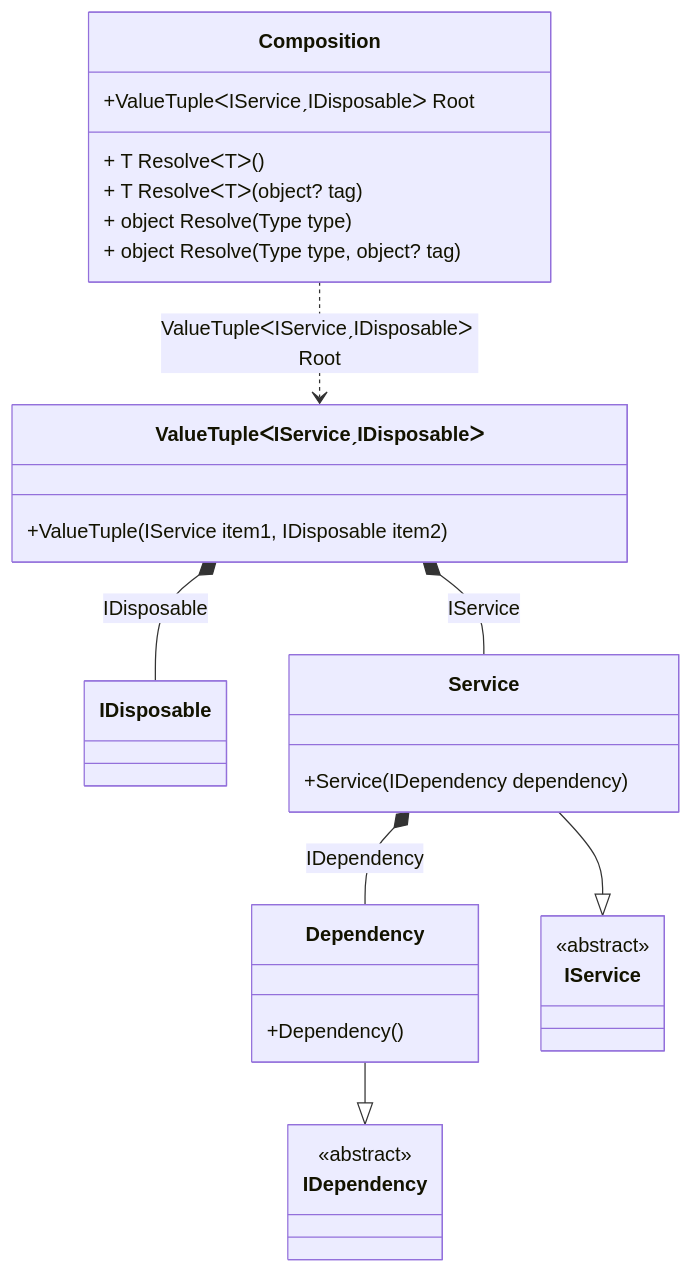
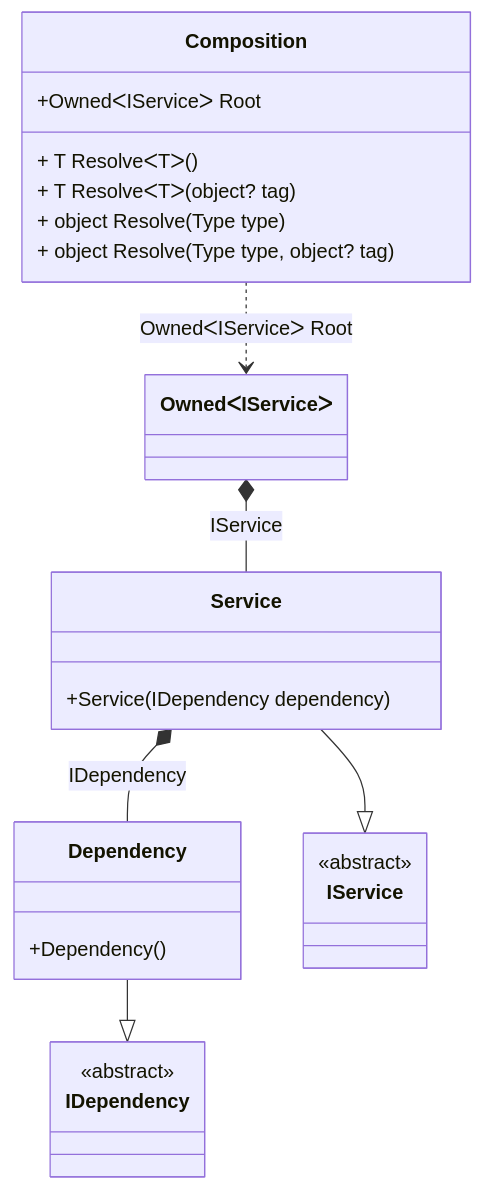
Before and after one commit to DevTeam/Pure.DI: the diagram in readme/tracking-disposable-instances-per-a-composition-root.md, drawn with Mermaid. The commit also changed other lines of this file and 5 other files, not shown here.

````diff
--- a/readme/tracking-disposable-instances-per-a-composition-root.md
+++ b/readme/tracking-disposable-instances-per-a-composition-root.md
@@ -113,32 +112,27 @@
 ```mermaid
 classDiagram
   class Composition {
-    +ValueTupleᐸIServiceˏIDisposableᐳ Root
+    +OwnedᐸIServiceᐳ Root
     + T ResolveᐸTᐳ()
     + T ResolveᐸTᐳ(object? tag)
     + object Resolve(Type type)
     + object Resolve(Type type, object? tag)
   }
-  class ValueTupleᐸIServiceˏIDisposableᐳ {
-    +ValueTuple(IService item1, IDisposable item2)
-  }
-  class IDisposable
   Dependency --|> IDependency : 
   class Dependency {
     +Dependency()
   }
   Service --|> IService : 
   class Service {
     +Service(IDependency dependency)
   }
   class IDependency {
     <<abstract>>
   }
   class IService {
     <<abstract>>
   }
-  ValueTupleᐸIServiceˏIDisposableᐳ *--  Service : IService
-  ValueTupleᐸIServiceˏIDisposableᐳ *--  IDisposable : IDisposable
   Service *--  Dependency : IDependency
-  Composition ..> ValueTupleᐸIServiceˏIDisposableᐳ : ValueTupleᐸIServiceˏIDisposableᐳ Root
+  Composition ..> OwnedᐸIServiceᐳ : OwnedᐸIServiceᐳ Root
+  OwnedᐸIServiceᐳ *--  Service : IService
 ```
````
